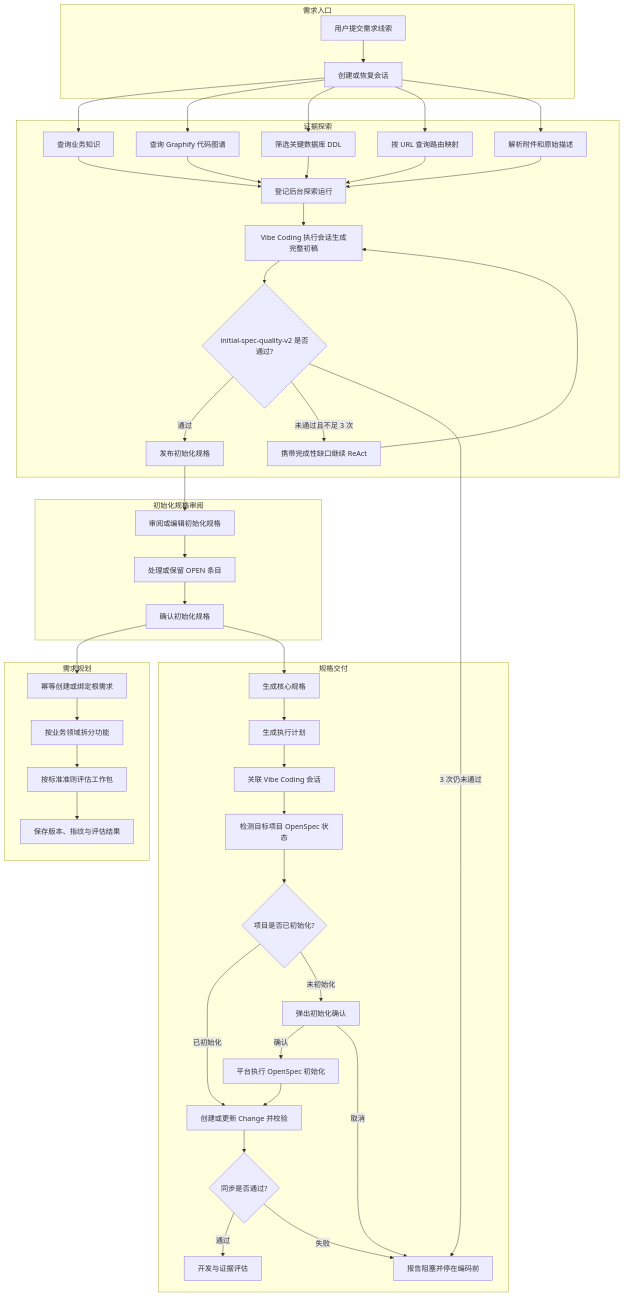
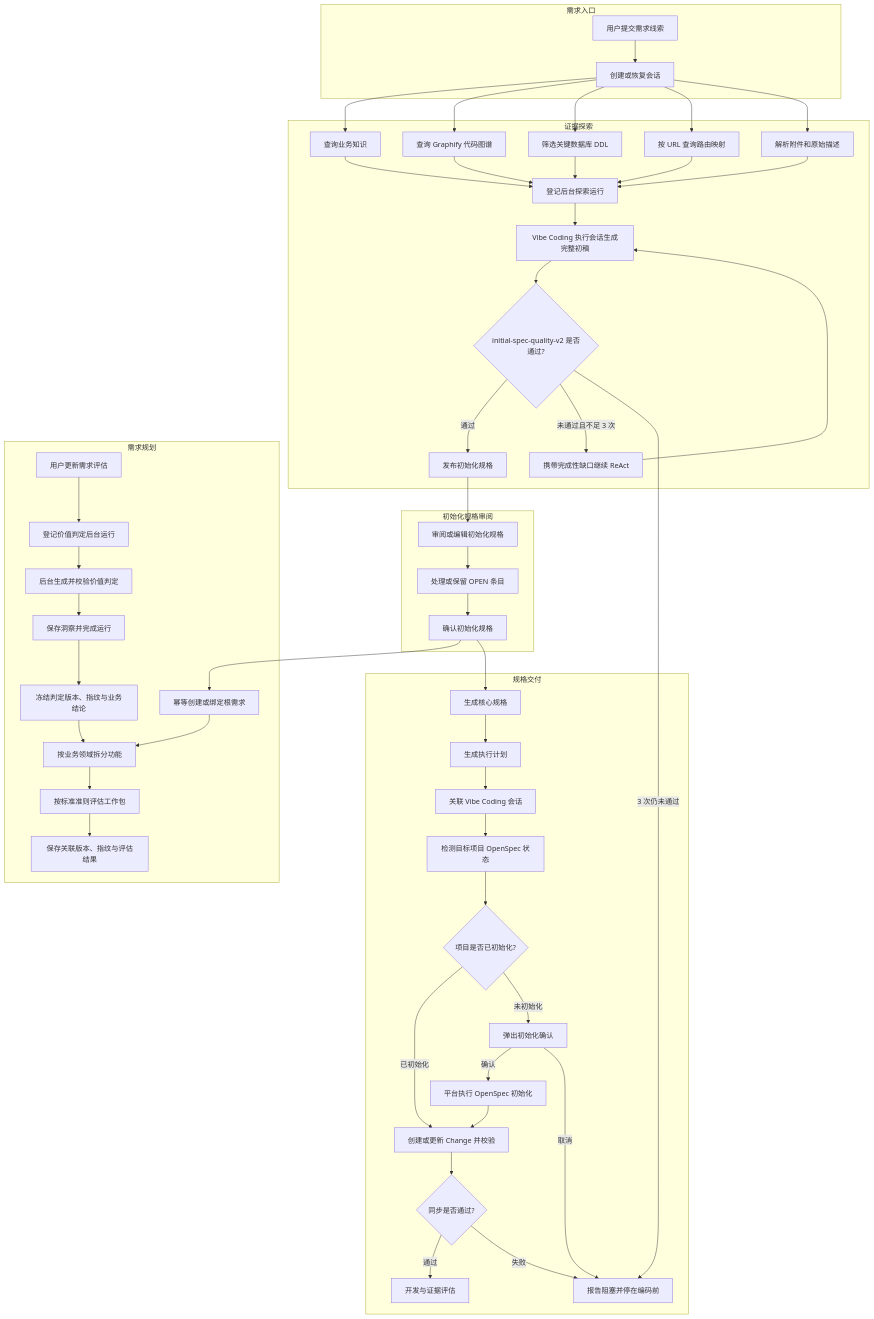
One commit to exception-coder/kai-toolbox changed the first of 2 diagrams in docs/design/PRD探索式规格流程/PRD探索式规格流程-current.md. Above: the diagram before and after it, drawn with Mermaid. The commit also changed other lines of this file and 30 other files, not shown here.

````diff
--- a/docs/design/PRD探索式规格流程/PRD探索式规格流程-current.md
+++ b/docs/design/PRD探索式规格流程/PRD探索式规格流程-current.md
@@ -37,73 +43,79 @@
 ```mermaid
 flowchart TD
     subgraph Input["需求入口"]
         A["用户提交需求线索"]
         B["创建或恢复会话"]
     end
 
     subgraph Discovery["证据探索"]
         C["查询业务知识"]
         D["查询 Graphify 代码图谱"]
         E["筛选关键数据库 DDL"]
         F["按 URL 查询路由映射"]
         G["解析附件和原始描述"]
         H["登记后台探索运行"]
         H1["Vibe Coding 执行会话生成完整初稿"]
         H2{"initial-spec-quality-v2 是否通过?"}
         H3["携带完成性缺口继续 ReAct"]
         H4["发布初始化规格"]
     end
 
     subgraph Review["初始化规格审阅"]
         I["审阅或编辑初始化规格"]
         J["处理或保留 OPEN 条目"]
         K["确认初始化规格"]
     end
 
     subgraph Planning["需求规划"]
         P1["幂等创建或绑定根需求"]
-        P2["按业务领域拆分功能"]
-        P3["按标准准则评估工作包"]
-        P4["保存版本、指纹与评估结果"]
+        P0["用户更新需求评估"]
+        P2["登记价值判定后台运行"]
+        P21["后台生成并校验价值判定"]
+        P22["保存洞察并完成运行"]
+        P3["冻结判定版本、指纹与业务结论"]
+        P4["按业务领域拆分功能"]
+        P5["按标准准则评估工作包"]
+        P6["保存关联版本、指纹与评估结果"]
     end
 
     subgraph Delivery["规格交付"]
         L["生成核心规格"]
         M["生成执行计划"]
         N["关联 Vibe Coding 会话"]
         O["检测目标项目 OpenSpec 状态"]
         P{"项目是否已初始化?"}
         Q["弹出初始化确认"]
         R["平台执行 OpenSpec 初始化"]
         S["创建或更新 Change 并校验"]
         T{"同步是否通过?"}
         U["开发与证据评估"]
         V["报告阻塞并停在编码前"]
     end
 
     A --> B --> C
     B --> D
     B --> E
     B --> F
     B --> G
     C --> H
     D --> H
     E --> H
     F --> H
     G --> H
     H --> H1 --> H2
     H2 -->|"通过"| H4 --> I
     H2 -->|"未通过且不足 3 次"| H3 --> H1
     H2 -->|"3 次仍未通过"| V
     I --> J --> K --> P1
-    P1 --> P2 --> P3 --> P4
+    P1 --> P4
+    P0 --> P2 --> P21 --> P22 --> P3 --> P4 --> P5 --> P6
     K --> L
     L --> M --> N --> O --> P
     P -->|"已初始化"| S
     P -->|"未初始化"| Q
     Q -->|"确认"| R --> S
     Q -->|"取消"| V
     S --> T
     T -->|"通过"| U
     T -->|"失败"| V
 ```
````
